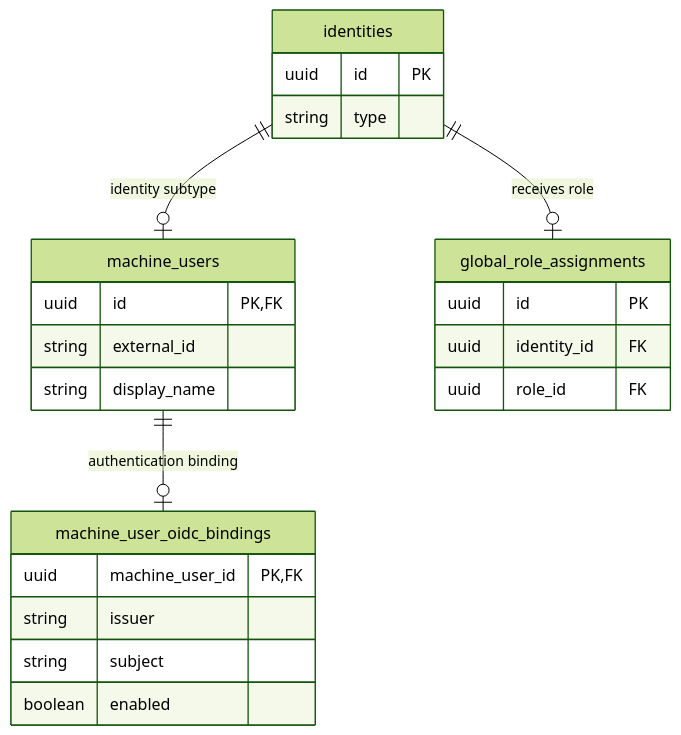
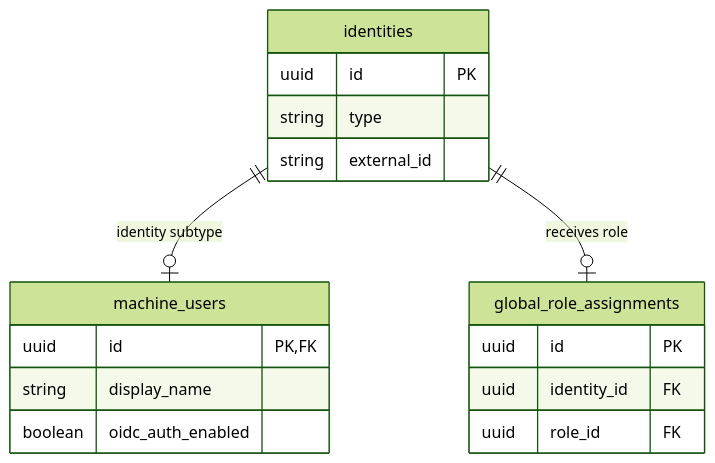
Before and after one commit to conveyordata/data-product-portal: the second of 2 diagrams in docs/adr/0026-allow-machine-users-auth-to-api.md, drawn with Mermaid (forest theme). The commit also changed other lines of this file, not shown here.

````diff
--- a/docs/adr/0026-allow-machine-users-auth-to-api.md
+++ b/docs/adr/0026-allow-machine-users-auth-to-api.md
@@ -97,30 +102,23 @@
 ```mermaid
 erDiagram
     identities {
         uuid id PK
         string type
+        string external_id
     }
 
     machine_users {
         uuid id PK, FK
-        string external_id
         string display_name
-    }
-
-    machine_user_oidc_bindings {
-        uuid machine_user_id PK, FK
-        string issuer
-        string subject
-        boolean enabled
+        boolean oidc_auth_enabled
     }
 
     global_role_assignments {
         uuid id PK
         uuid identity_id FK
         uuid role_id FK
     }
 
     identities ||--o| machine_users : "identity subtype"
-    machine_users ||--o| machine_user_oidc_bindings : "authentication binding"
     identities ||--o| global_role_assignments : "receives role"
 ```
````
